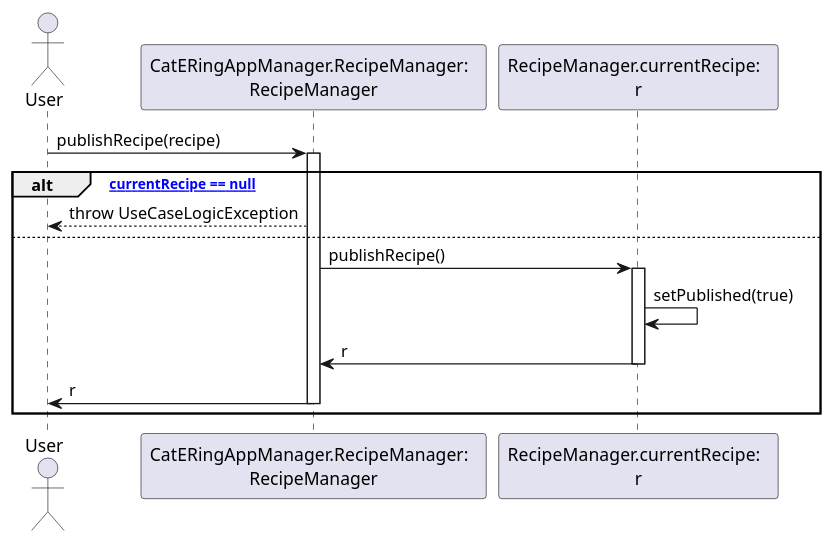
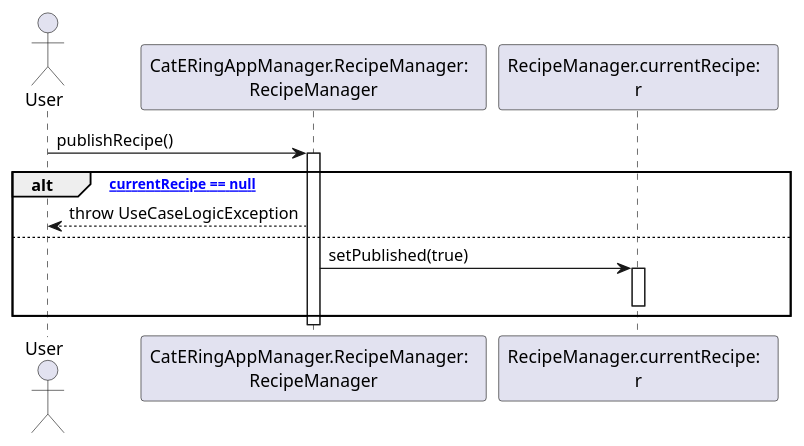
The diagram in dsd/dsd-ricette/7-publishRecipe.md (m0canu1/sas), drawn with PlantUML before and after one commit. The commit also changed 7 other files, not shown here.

````diff
--- a/dsd/dsd-ricette/7-publishRecipe.md
+++ b/dsd/dsd-ricette/7-publishRecipe.md
@@ -1,22 +1,19 @@
 ```plantuml
 Actor User
 Participant "CatERingAppManager.RecipeManager:  \nRecipeManager" as RM
 Participant "RecipeManager.currentRecipe:  \nr" as CR
 
-User -> RM: publishRecipe(recipe)
+User -> RM: publishRecipe()
 Activate RM
 
 alt ["currentRecipe == null"]
 	RM --> User: throw UseCaseLogicException
 else 
-	RM -> CR: publishRecipe()
+	RM -> CR: setPublished(true)
 	Activate CR
-	CR -> CR: setPublished(true)
-	CR -> RM: r
 	Deactivate CR
-	RM -> User: r
-	Deactivate RM
 end
+Deactivate RM
 
 
 ```
````
